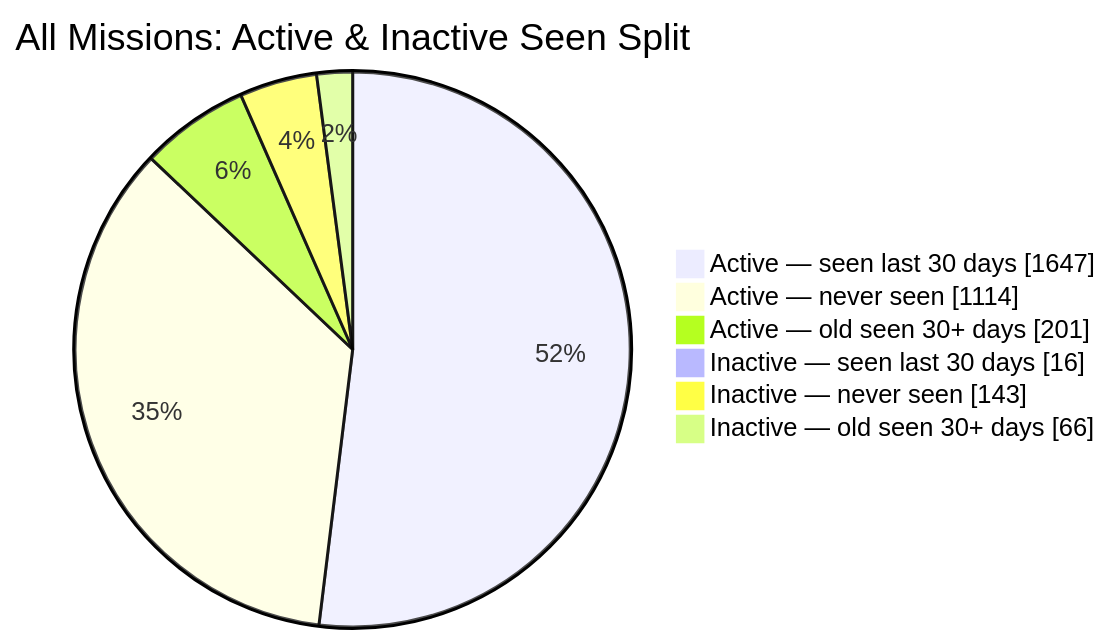
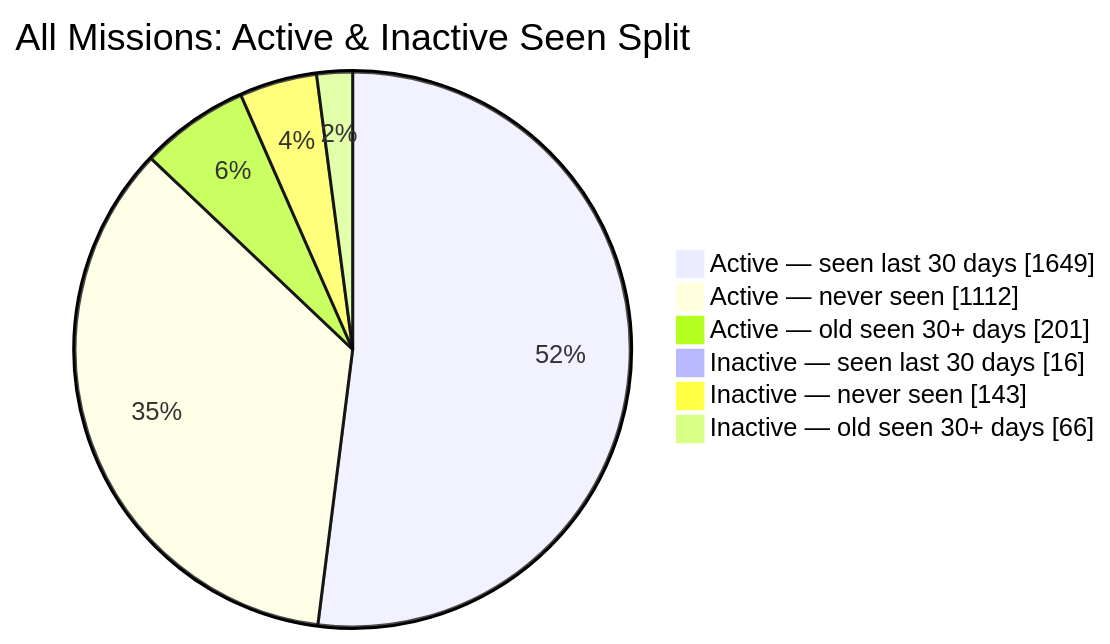
Before and after one commit to MeldkamerspelGameTeam/active-missions: the second of 2 diagrams in README.md, drawn with Mermaid. The commit also changed other lines of this file and 2 other files, not shown here.

````diff
--- a/README.md
+++ b/README.md
@@ -44,10 +44,10 @@
 ```mermaid
 pie showData
     title All Missions: Active & Inactive Seen Split
-    "Active — seen last 30 days" : 1647
-    "Active — never seen" : 1114
+    "Active — seen last 30 days" : 1649
+    "Active — never seen" : 1112
     "Active — old seen 30+ days" : 201
     "Inactive — seen last 30 days" : 16
     "Inactive — never seen" : 143
     "Inactive — old seen 30+ days" : 66
 ```
````
